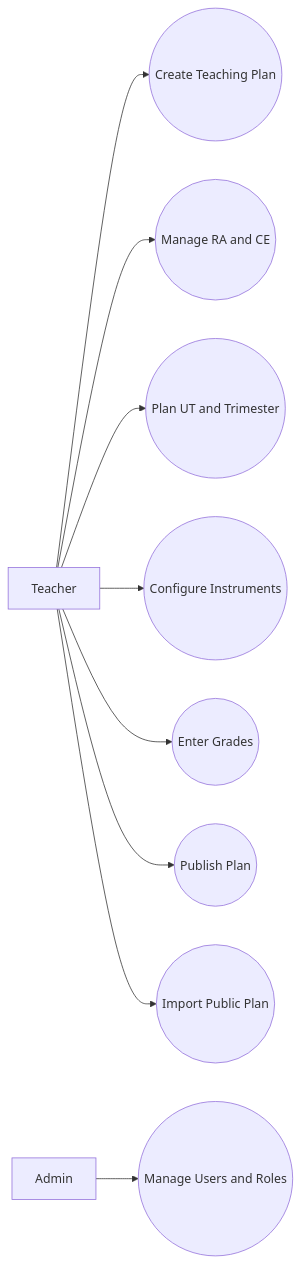
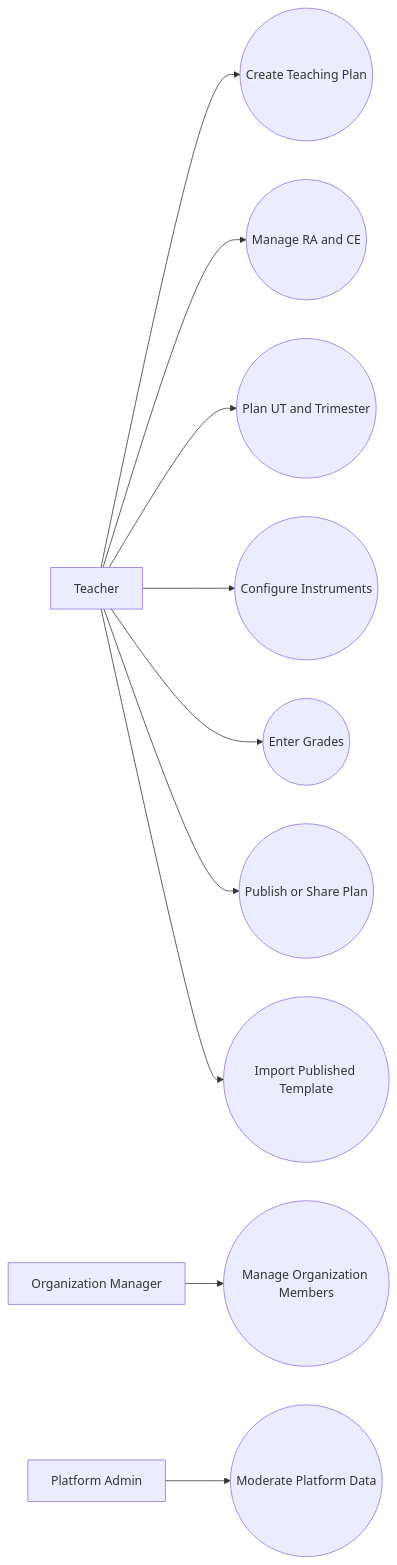
One commit to smontes-profe/program-planner changed the first of 4 diagrams in docs/DIAGRAMS.md. Above: the diagram before and after it, drawn with Mermaid. The commit also changed other lines of this file and 5 other files, not shown here.

````diff
--- a/docs/DIAGRAMS.md
+++ b/docs/DIAGRAMS.md
@@ -4,23 +4,26 @@
 ```mermaid
 flowchart LR
     Teacher[Teacher]
-    Admin[Admin]
+    OrgManager[Organization Manager]
+    PlatformAdmin[Platform Admin]
 
     UC1((Create Teaching Plan))
     UC2((Manage RA and CE))
     UC3((Plan UT and Trimester))
     UC4((Configure Instruments))
     UC5((Enter Grades))
-    UC6((Publish Plan))
-    UC7((Import Public Plan))
-    UC8((Manage Users and Roles))
+    UC6((Publish or Share Plan))
+    UC7((Import Published Template))
+    UC8((Manage Organization Members))
+    UC9((Moderate Platform Data))
 
     Teacher --> UC1
     Teacher --> UC2
     Teacher --> UC3
     Teacher --> UC4
     Teacher --> UC5
     Teacher --> UC6
     Teacher --> UC7
-    Admin --> UC8
+    OrgManager --> UC8
+    PlatformAdmin --> UC9
 ```
````
